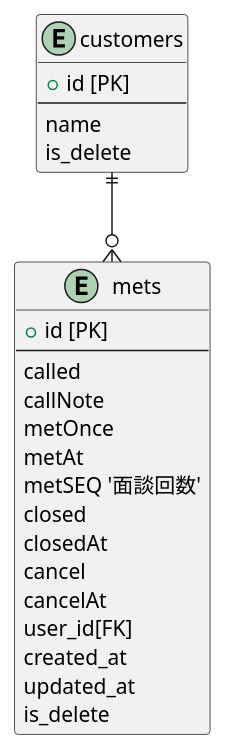
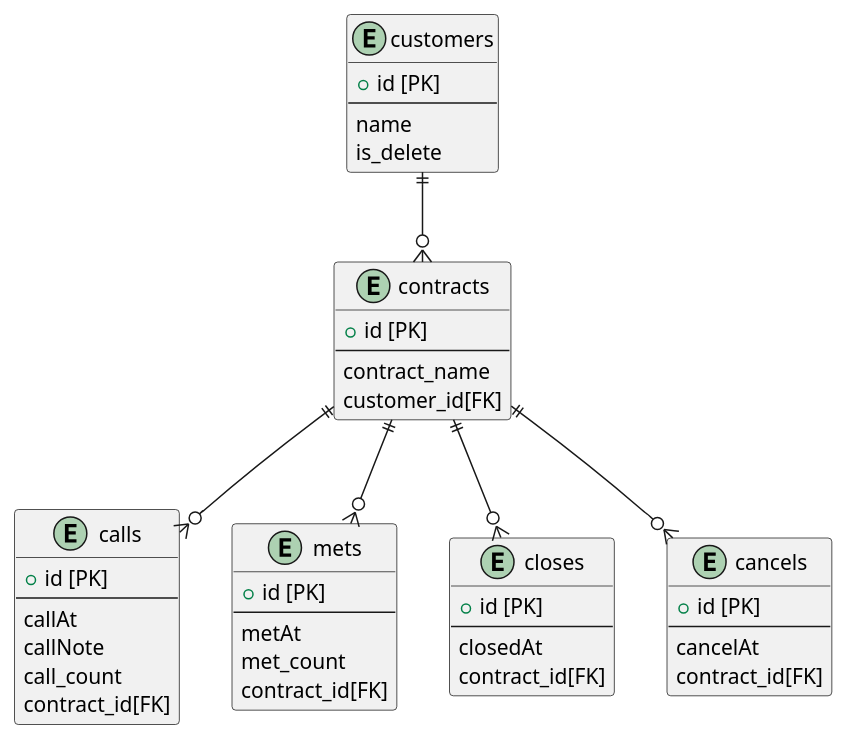
The diagram in 10/task2.puml (tasdsn/praha), drawn with PlantUML before and after one commit. The commit also changed 1 other file, not shown here.

```diff
--- a/10/task2.puml
+++ b/10/task2.puml
@@ -1,31 +1,56 @@
 @startuml
 '10_アンチパターン5
 
 entity customers {
   + id [PK]
   --
   name
   is_delete
 }
 
+entity contracts {
+  + id [PK]
+  --
+  contract_name
+  customer_id[FK]
+}
+
+entity calls {
+  + id [PK]
+  --
+  callAt
+  callNote
+  call_count
+  contract_id[FK]
+}
+
 entity mets {
   + id [PK]
   --
-  called
-  callNote
-  metOnce
   metAt
-  metSEQ '面談回数'
-  closed
-  closedAt
-  cancel
-  cancelAt
-  user_id[FK]
-  created_at
-  updated_at
-  is_delete
+  met_count
+  contract_id[FK]
 }
 
-customers          ||--o{ mets
+entity closes {
+  + id [PK]
+  --
+  closedAt
+  contract_id[FK]
+}
+
+entity cancels {
+  + id [PK]
+  --
+  cancelAt
+  contract_id[FK]
+}
+
+customers          ||--o{ contracts
+contracts          ||--o{ calls
+contracts          ||--o{ mets
+contracts          ||--o{ closes
+contracts          ||--o{ cancels
+
 
 @enduml
```
